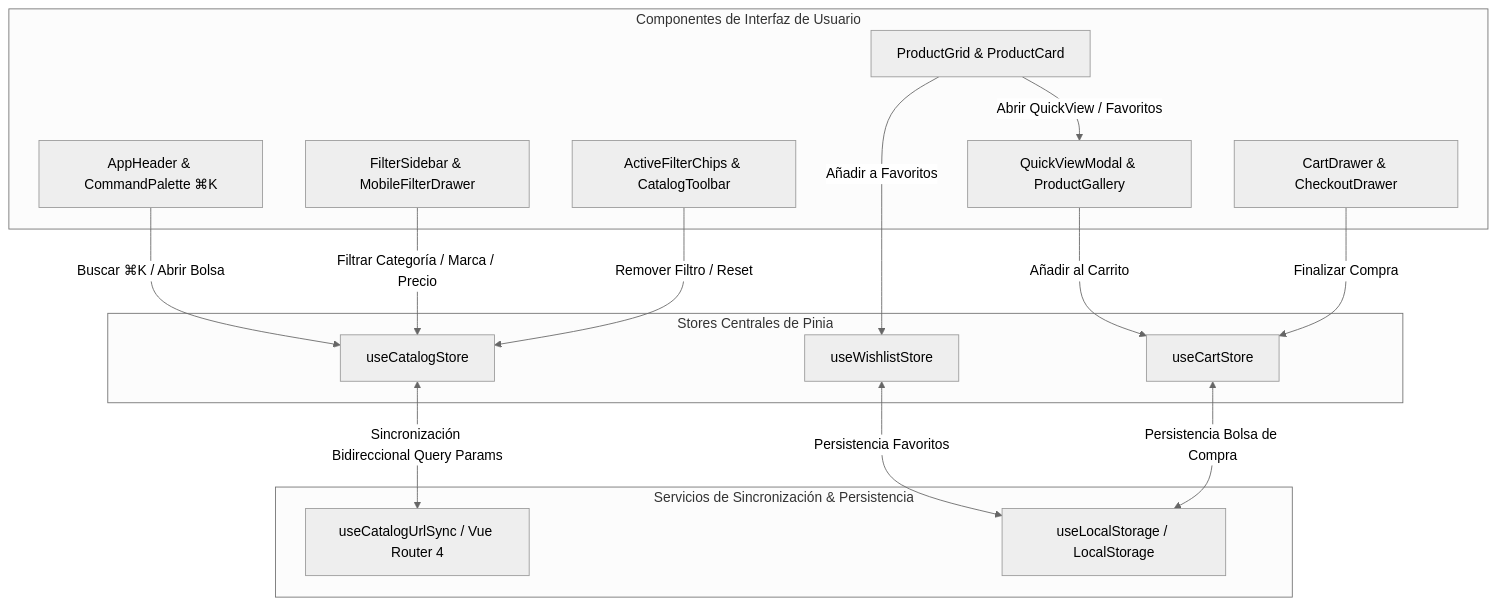
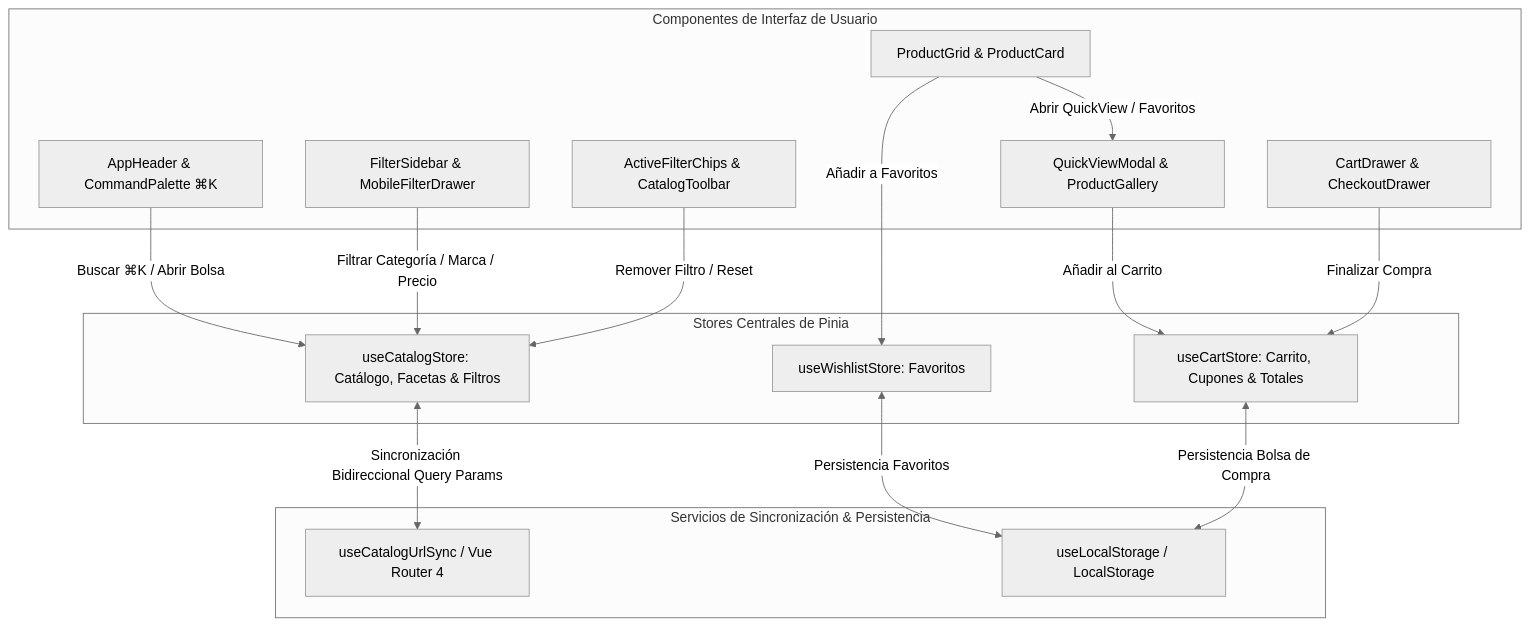
Before and after one commit to alxnrocha/vue-catalog-filters: the diagram in README.md, drawn with Mermaid (neutral theme). The commit also changed other lines of this file, not shown here.

````diff
--- a/README.md
+++ b/README.md
@@ -157,34 +24,34 @@
 ```mermaid
 graph TD
     subgraph UI_Components [Componentes de Interfaz de Usuario]
         Header[AppHeader & CommandPalette ⌘K]
         Sidebar[FilterSidebar & MobileFilterDrawer]
         Grid[ProductGrid & ProductCard]
         QuickView[QuickViewModal & ProductGallery]
         Cart[CartDrawer & CheckoutDrawer]
         Chips[ActiveFilterChips & CatalogToolbar]
     end
 
     subgraph Pinia_Stores [Stores Centrales de Pinia]
-        CatStore[useCatalogStore]
-        CartStore[useCartStore]
-        WishStore[useWishlistStore]
+        CatStore[useCatalogStore: Catálogo, Facetas & Filtros]
+        CartStore[useCartStore: Carrito, Cupones & Totales]
+        WishStore[useWishlistStore: Favoritos]
     end
 
     subgraph Routing_Sync [Servicios de Sincronización & Persistencia]
         UrlSync[useCatalogUrlSync / Vue Router 4]
         Storage[useLocalStorage / LocalStorage]
     end
 
     Header -->|Buscar ⌘K / Abrir Bolsa| CatStore
     Sidebar -->|Filtrar Categoría / Marca / Precio| CatStore
     Chips -->|Remover Filtro / Reset| CatStore
     Grid -->|Abrir QuickView / Favoritos| QuickView
     Grid -->|Añadir a Favoritos| WishStore
     QuickView -->|Añadir al Carrito| CartStore
     Cart -->|Finalizar Compra| CartStore
 
     CatStore <-->|Sincronización Bidireccional Query Params| UrlSync
     WishStore <-->|Persistencia Favoritos| Storage
     CartStore <-->|Persistencia Bolsa de Compra| Storage
 ```
````
